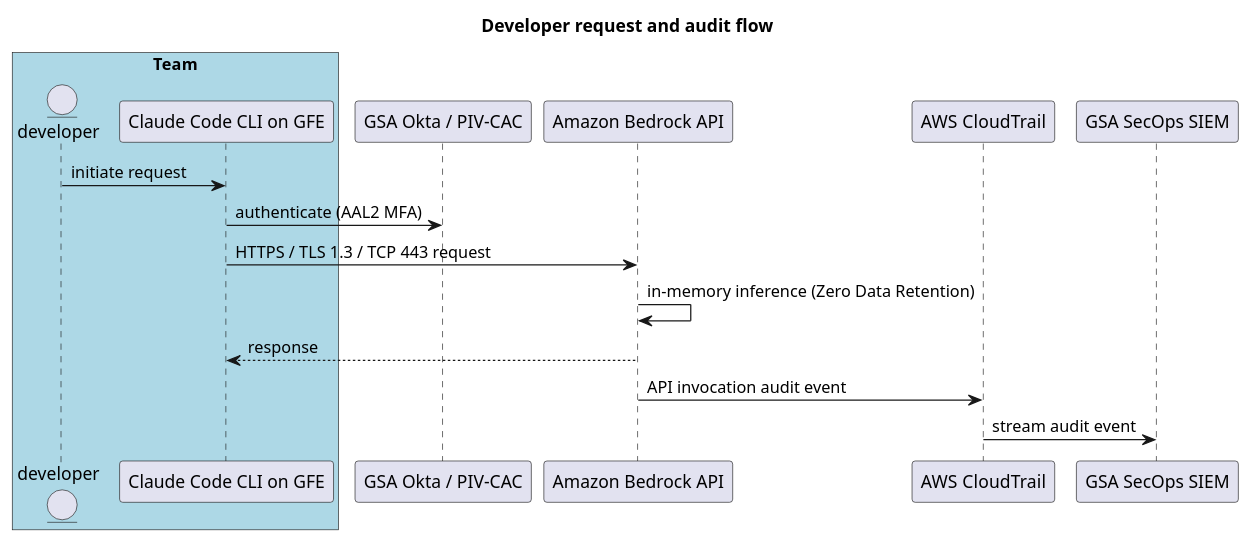
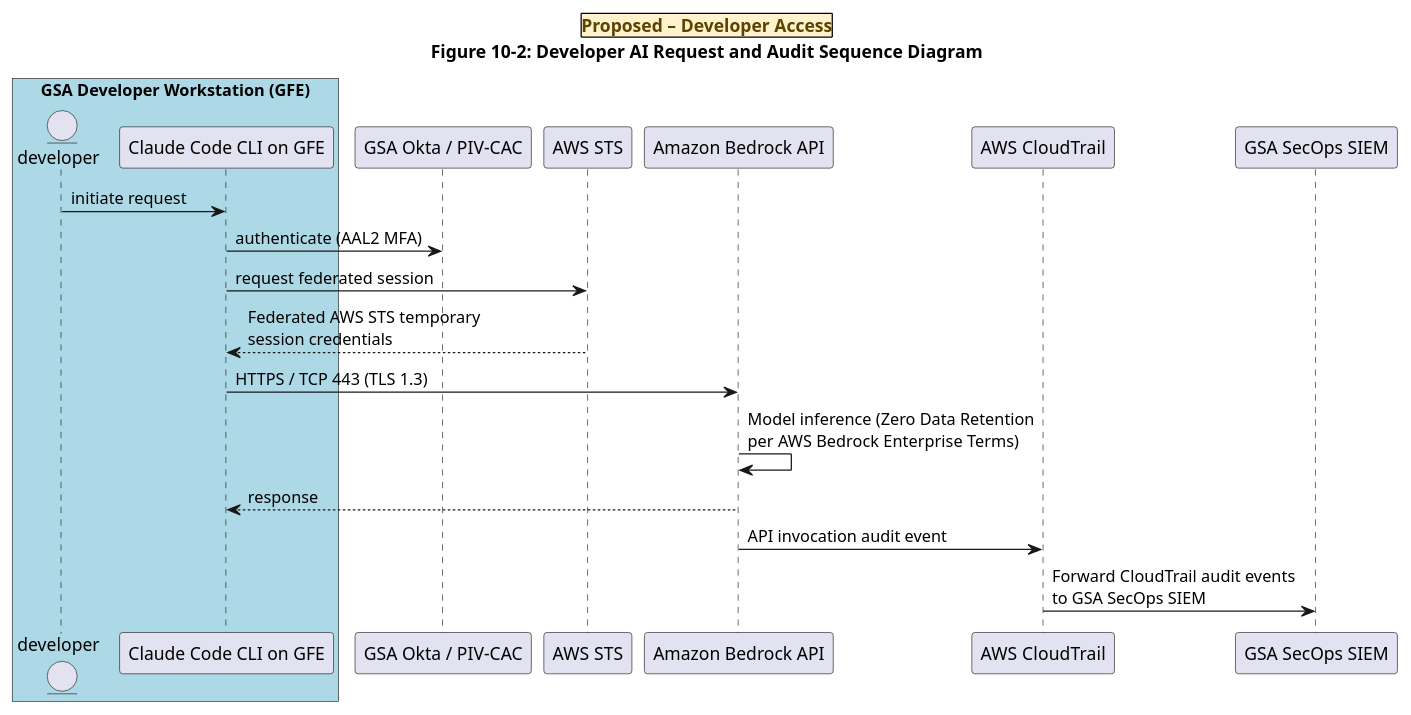
Before and after one commit to GSA/datagov-compliance: the first of 2 diagrams in generic/developer-ai-data-flow.md, drawn with PlantUML. The commit also changed other lines of this file and 2 other files, not shown here.

````diff
--- a/generic/developer-ai-data-flow.md
+++ b/generic/developer-ai-data-flow.md
@@ -9,21 +11,27 @@
 ```plantuml
 @startuml
-title Developer request and audit flow
-box "Team" #LightBlue
+title
+|<#FFF2CC><color:#5B4300><b>Proposed &#8211; Developer Access</b></color>|
+Figure 10-2: Developer AI Request and Audit Sequence Diagram
+end title
+box "GSA Developer Workstation (GFE)" #LightBlue
     entity "developer" as dev
     participant "Claude Code CLI on GFE" as cli
 end box
 participant "GSA Okta / PIV-CAC" as idp
+participant "AWS STS" as sts
 participant "Amazon Bedrock API" as bedrock
 participant "AWS CloudTrail" as cloudtrail
 participant "GSA SecOps SIEM" as siem
 
 dev -> cli : initiate request
 cli -> idp : authenticate (AAL2 MFA)
-cli -> bedrock : HTTPS / TLS 1.3 / TCP 443 request
-bedrock -> bedrock : in-memory inference (Zero Data Retention)
+cli -> sts : request federated session
+sts --> cli : Federated AWS STS temporary\nsession credentials
+cli -> bedrock : HTTPS / TCP 443 (TLS 1.3)
+bedrock -> bedrock : Model inference (Zero Data Retention\nper AWS Bedrock Enterprise Terms)
 bedrock --> cli : response
 bedrock -> cloudtrail : API invocation audit event
-cloudtrail -> siem : stream audit event
+cloudtrail -> siem : Forward CloudTrail audit events\nto GSA SecOps SIEM
 @enduml
 ```
````
